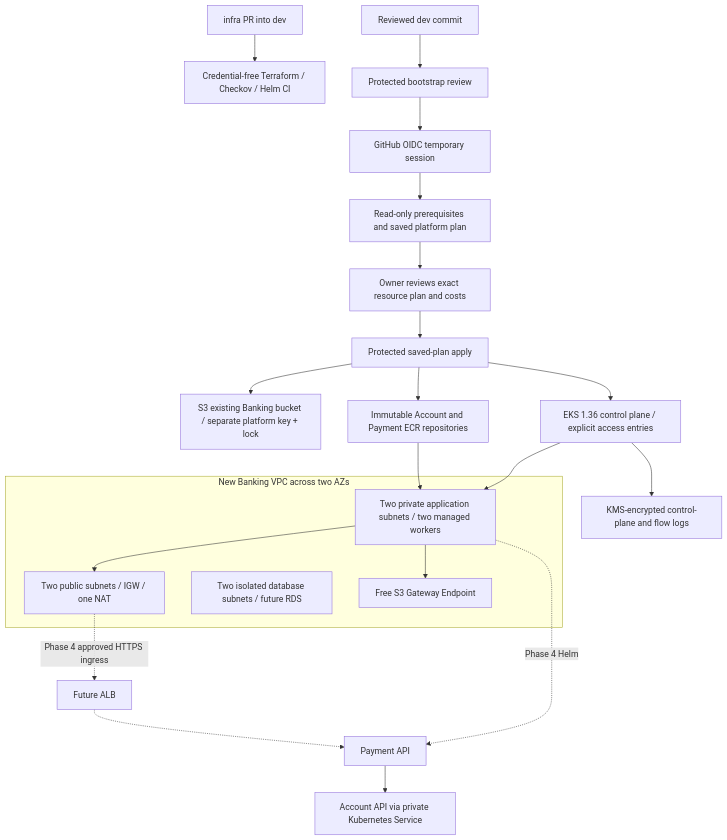
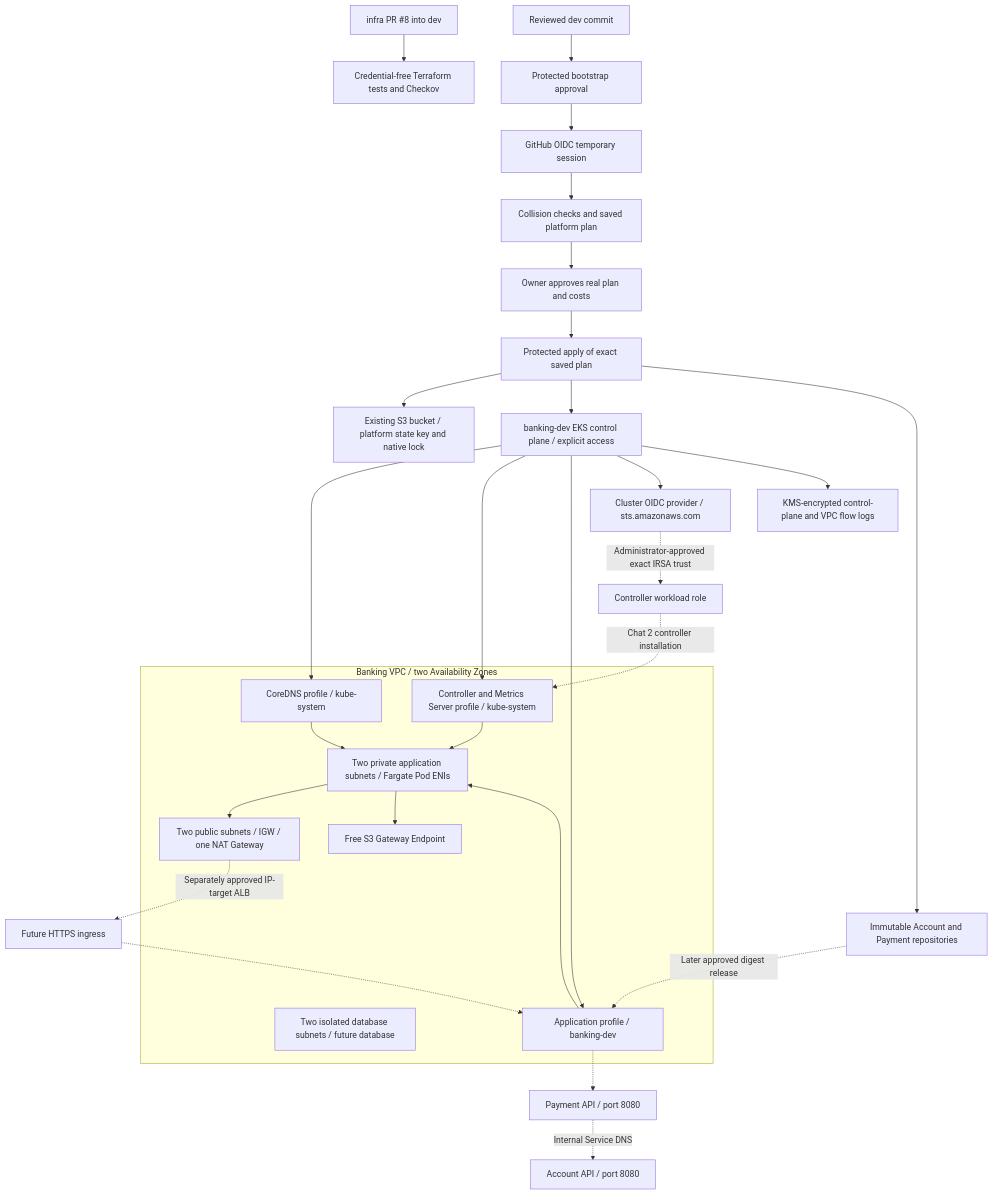
One commit to mhachem110/BankingReleasePlatform-AWS-EKS changed the diagram in docs/infrastructure/ARCHITECTURE.md. Above: the diagram before and after it, drawn with Mermaid. The commit also changed other lines of this file and 25 other files, not shown here.

Commit message:
Redesign Banking EKS for private Fargate workloads and controller IRSA

````diff
--- a/docs/infrastructure/ARCHITECTURE.md
+++ b/docs/infrastructure/ARCHITECTURE.md
@@ -3,27 +5,38 @@
 ```mermaid
 flowchart TD
-  PR[infra PR into dev] --> CI[Credential-free Terraform / Checkov / Helm CI]
-  DEV[Reviewed dev commit] --> REVIEW[Protected bootstrap review]
-  REVIEW --> OIDC[GitHub OIDC temporary session]
-  OIDC --> PLAN[Read-only prerequisites and saved platform plan]
-  PLAN --> APPROVE[Owner reviews exact resource plan and costs]
-  APPROVE --> APPLY[Protected saved-plan apply]
-  APPLY --> STATE[S3 existing Banking bucket / separate platform key + lock]
-  APPLY --> ECR[Immutable Account and Payment ECR repositories]
-  APPLY --> EKS[EKS 1.36 control plane / explicit access entries]
-  subgraph VPC[New Banking VPC across two AZs]
-    PUBLIC[Two public subnets / IGW / one NAT]
-    PRIVATE[Two private application subnets / two managed workers]
-    DB[Two isolated database subnets / future RDS]
-    S3EP[Free S3 Gateway Endpoint]
+  PR["infra PR #8 into dev"] --> CI["Credential-free Terraform tests and Checkov"]
+  DEV["Reviewed dev commit"] --> GATE["Protected bootstrap approval"]
+  GATE --> GH["GitHub OIDC temporary session"]
+  GH --> PLAN["Collision checks and saved platform plan"]
+  PLAN --> REVIEW["Owner approves real plan and costs"]
+  REVIEW --> APPLY["Protected apply of exact saved plan"]
+  APPLY --> STATE["Existing S3 bucket / platform state key and native lock"]
+  APPLY --> EKS["banking-dev EKS control plane / explicit access"]
+  APPLY --> ECR["Immutable Account and Payment repositories"]
+  subgraph VPC["Banking VPC / two Availability Zones"]
+    PUBLIC["Two public subnets / IGW / one NAT Gateway"]
+    PRIVATE["Two private application subnets / Fargate Pod ENIs"]
+    DB["Two isolated database subnets / future database"]
+    S3["Free S3 Gateway Endpoint"]
     PRIVATE --> PUBLIC
-    PRIVATE --> S3EP
+    PRIVATE --> S3
+    DNS["CoreDNS profile / kube-system"]
+    SYSTEM["Controller and Metrics Server profile / kube-system"]
+    BANK["Application profile / banking-dev"]
+    DNS --> PRIVATE
+    SYSTEM --> PRIVATE
+    BANK --> PRIVATE
   end
-  EKS --> PRIVATE
-  ECR --> PRIVATE
-  PRIVATE -. Phase 4 Helm .-> PAYMENT[Payment API]
-  PAYMENT --> ACCOUNT[Account API via private Kubernetes Service]
-  EKS --> LOGS[KMS-encrypted control-plane and flow logs]
-  PUBLIC -. Phase 4 approved HTTPS ingress .-> ALB[Future ALB]
-  ALB -.-> PAYMENT
+  EKS --> DNS
+  EKS --> SYSTEM
+  EKS --> BANK
+  EKS --> ISSUER["Cluster OIDC provider / sts.amazonaws.com"]
+  ISSUER -. "Administrator-approved exact IRSA trust" .-> ROLE["Controller workload role"]
+  ROLE -. "Chat 2 controller installation" .-> SYSTEM
+  EKS --> LOG["KMS-encrypted control-plane and VPC flow logs"]
+  ECR -. "Later approved digest release" .-> BANK
+  BANK -.-> PAYMENT["Payment API / port 8080"]
+  PAYMENT -. "Internal Service DNS" .-> ACCOUNT["Account API / port 8080"]
+  PUBLIC -. "Separately approved IP-target ALB" .-> ALB["Future HTTPS ingress"]
+  ALB -.-> BANK
 ```
````
